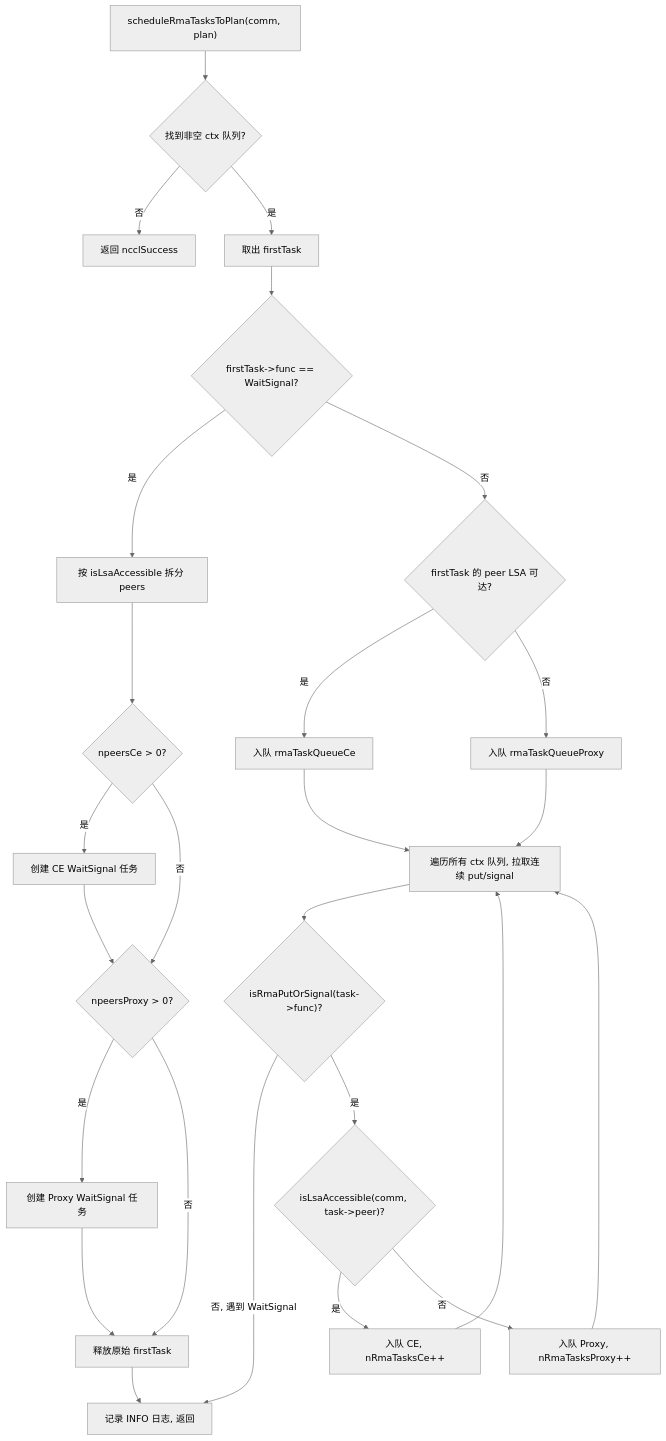
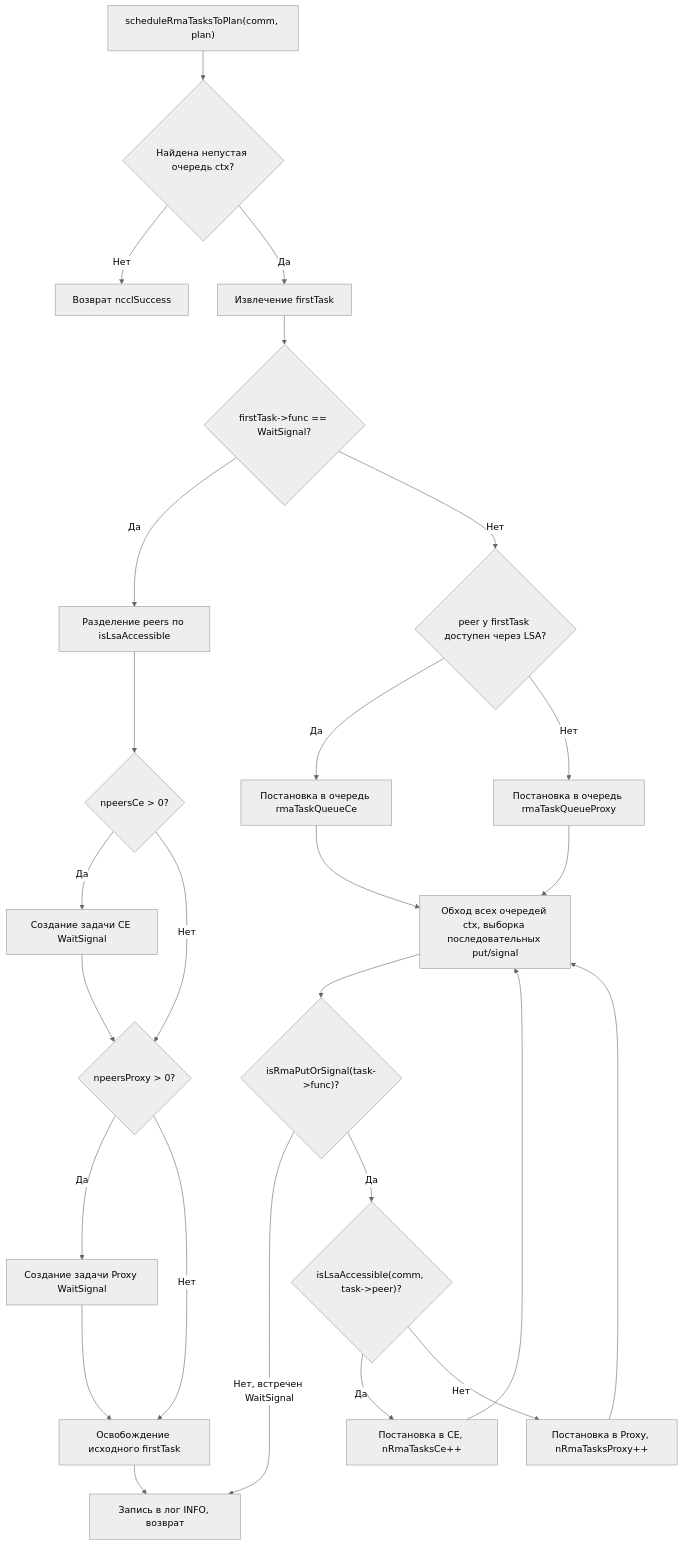
Before and after one commit to maleRjc/AiReadCodeBooks: the first of 2 diagrams in books/nccl/ru/15-rma-and-gin-remote-gpu-communication.md, drawn with Mermaid (neutral theme). The commit also changed other lines of this file and 74 other files, not shown here.

````diff
--- a/books/nccl/ru/15-rma-and-gin-remote-gpu-communication.md
+++ b/books/nccl/ru/15-rma-and-gin-remote-gpu-communication.md
@@ -42,49 +42,49 @@
 ```mermaid
 flowchart TD
     start["scheduleRmaTasksToPlan(comm, plan)"]
-    find_ctx{"找到非空 ctx 队列?"}
-    no_task["返回 ncclSuccess"]
-    dequeue["取出 firstTask"]
+    find_ctx{"Найдена непустая очередь ctx?"}
+    no_task["Возврат ncclSuccess"]
+    dequeue["Извлечение firstTask"]
     check_func{"firstTask->func == WaitSignal?"}
-    ws_split["按 isLsaAccessible 拆分 peers"]
+    ws_split["Разделение peers по isLsaAccessible"]
     ws_ce{"npeersCe > 0?"}
     ws_proxy{"npeersProxy > 0?"}
-    ws_ce_task["创建 CE WaitSignal 任务"]
-    ws_proxy_task["创建 Proxy WaitSignal 任务"]
-    ws_free["释放原始 firstTask"]
-    put_check{"firstTask 的 peer LSA 可达?"}
-    put_ce["入队 rmaTaskQueueCe"]
-    put_proxy["入队 rmaTaskQueueProxy"]
-    batch_loop["遍历所有 ctx 队列, 拉取连续 put/signal"]
+    ws_ce_task["Создание задачи CE WaitSignal"]
+    ws_proxy_task["Создание задачи Proxy WaitSignal"]
+    ws_free["Освобождение исходного firstTask"]
+    put_check{"peer у firstTask доступен через LSA?"}
+    put_ce["Постановка в очередь rmaTaskQueueCe"]
+    put_proxy["Постановка в очередь rmaTaskQueueProxy"]
+    batch_loop["Обход всех очередей ctx, выборка последовательных put/signal"]
     batch_check{"isRmaPutOrSignal(task->func)?"}
     batch_route{"isLsaAccessible(comm, task->peer)?"}
-    batch_ce["入队 CE, nRmaTasksCe++"]
-    batch_proxy["入队 Proxy, nRmaTasksProxy++"]
-    done["记录 INFO 日志, 返回"]
+    batch_ce["Постановка в CE, nRmaTasksCe++"]
+    batch_proxy["Постановка в Proxy, nRmaTasksProxy++"]
+    done["Запись в лог INFO, возврат"]
 
     start --> find_ctx
-    find_ctx -->|否| no_task
-    find_ctx -->|是| dequeue
+    find_ctx -->|Нет| no_task
+    find_ctx -->|Да| dequeue
     dequeue --> check_func
-    check_func -->|是| ws_split
+    check_func -->|Да| ws_split
     ws_split --> ws_ce
-    ws_ce -->|是| ws_ce_task
-    ws_ce -->|否| ws_proxy
+    ws_ce -->|Да| ws_ce_task
+    ws_ce -->|Нет| ws_proxy
     ws_ce_task --> ws_proxy
-    ws_proxy -->|是| ws_proxy_task
-    ws_proxy -->|否| ws_free
+    ws_proxy -->|Да| ws_proxy_task
+    ws_proxy -->|Нет| ws_free
     ws_proxy_task --> ws_free
     ws_free --> done
-    check_func -->|否| put_check
-    put_check -->|是| put_ce
-    put_check -->|否| put_proxy
+    check_func -->|Нет| put_check
+    put_check -->|Да| put_ce
+    put_check -->|Нет| put_proxy
     put_ce --> batch_loop
     put_proxy --> batch_loop
     batch_loop --> batch_check
-    batch_check -->|否, 遇到 WaitSignal| done
-    batch_check -->|是| batch_route
-    batch_route -->|是| batch_ce
-    batch_route -->|否| batch_proxy
+    batch_check -->|Нет, встречен WaitSignal| done
+    batch_check -->|Да| batch_route
+    batch_route -->|Да| batch_ce
+    batch_route -->|Нет| batch_proxy
     batch_ce --> batch_loop
     batch_proxy --> batch_loop
 ```
````
